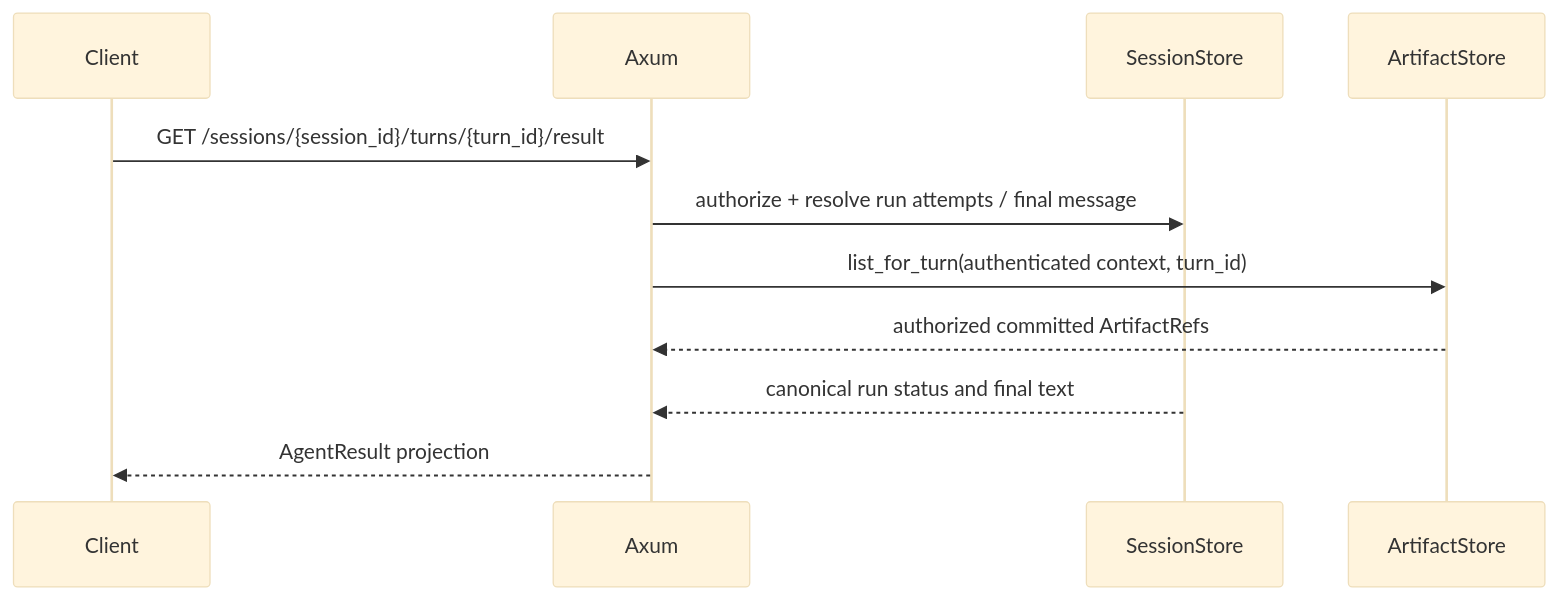
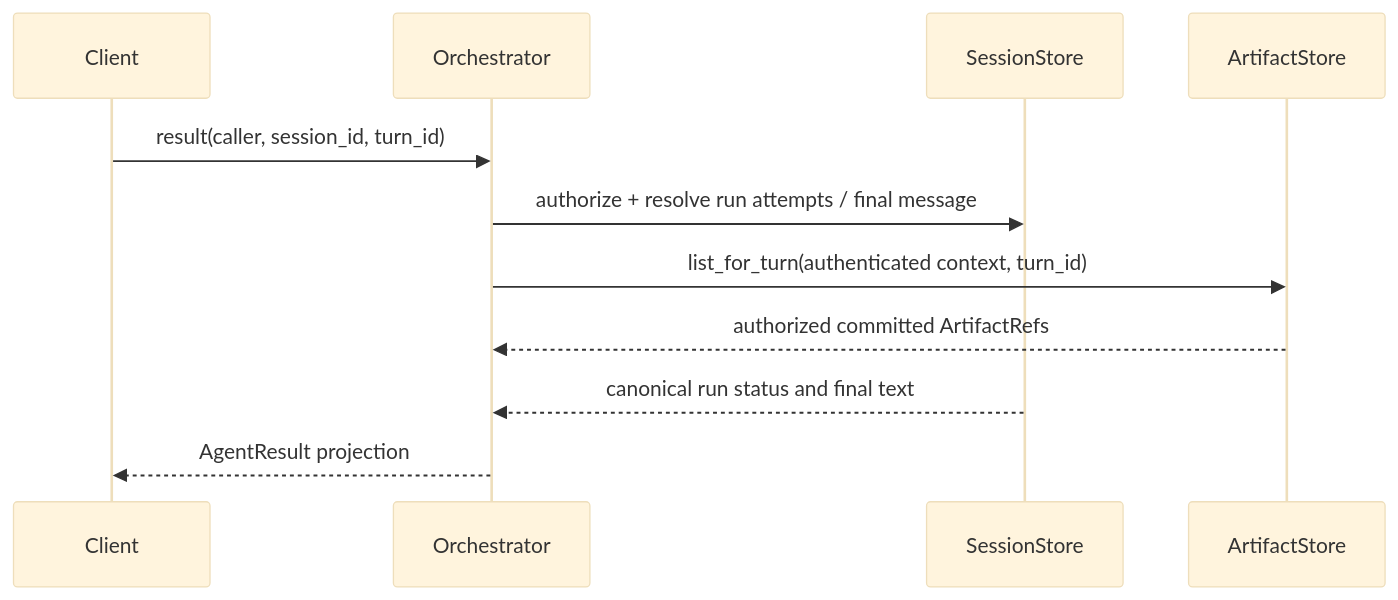
Before and after one commit to hailp-vn38/orchestrator_agent_rs: the first of 4 diagrams in docs/17-agent-results-artifacts.md, drawn with Mermaid (base theme). The commit also changed other lines of this file and 23 other files, not shown here.

````diff
--- a/docs/17-agent-results-artifacts.md
+++ b/docs/17-agent-results-artifacts.md
@@ -130,13 +103,13 @@
 ```mermaid
 sequenceDiagram
   participant C as Client
-  participant A as Axum
+  participant A as Orchestrator
   participant S as SessionStore
   participant F as ArtifactStore
-  C->>A: GET /sessions/{session_id}/turns/{turn_id}/result
+  C->>A: result(caller, session_id, turn_id)
   A->>S: authorize + resolve run attempts / final message
   A->>F: list_for_turn(authenticated context, turn_id)
   F-->>A: authorized committed ArtifactRefs
   S-->>A: canonical run status and final text
   A-->>C: AgentResult projection
 ```
````
